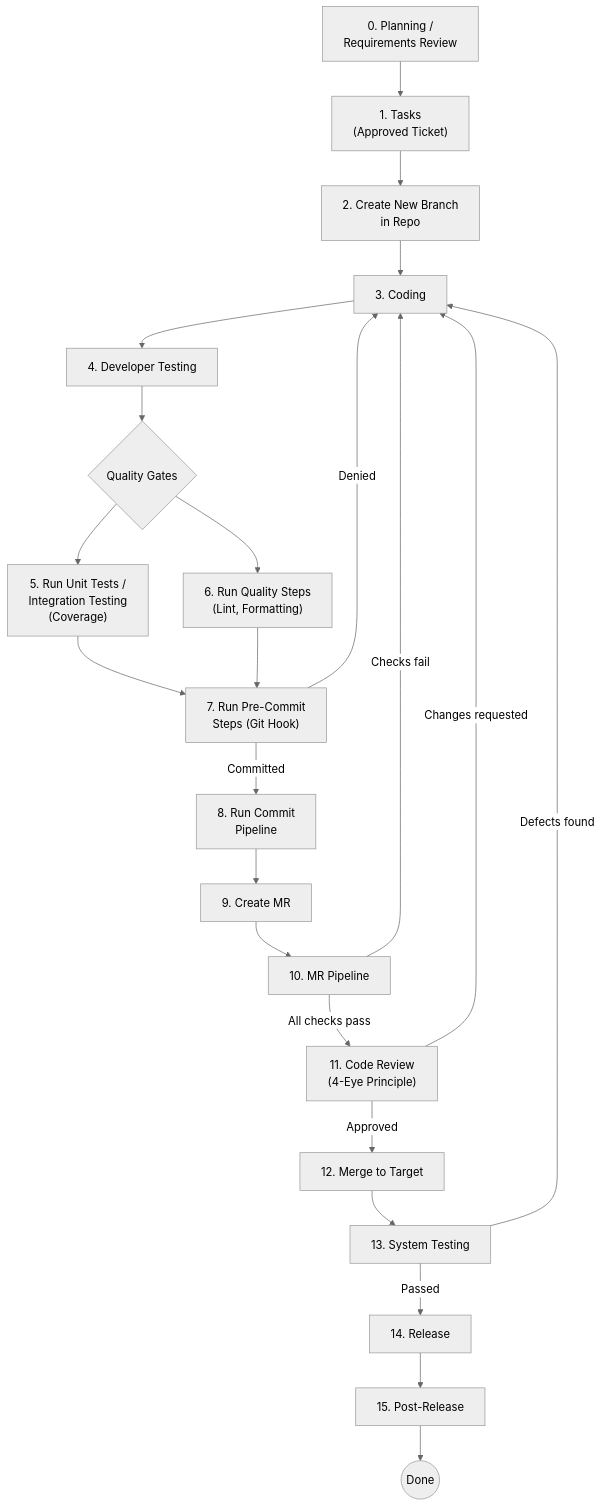
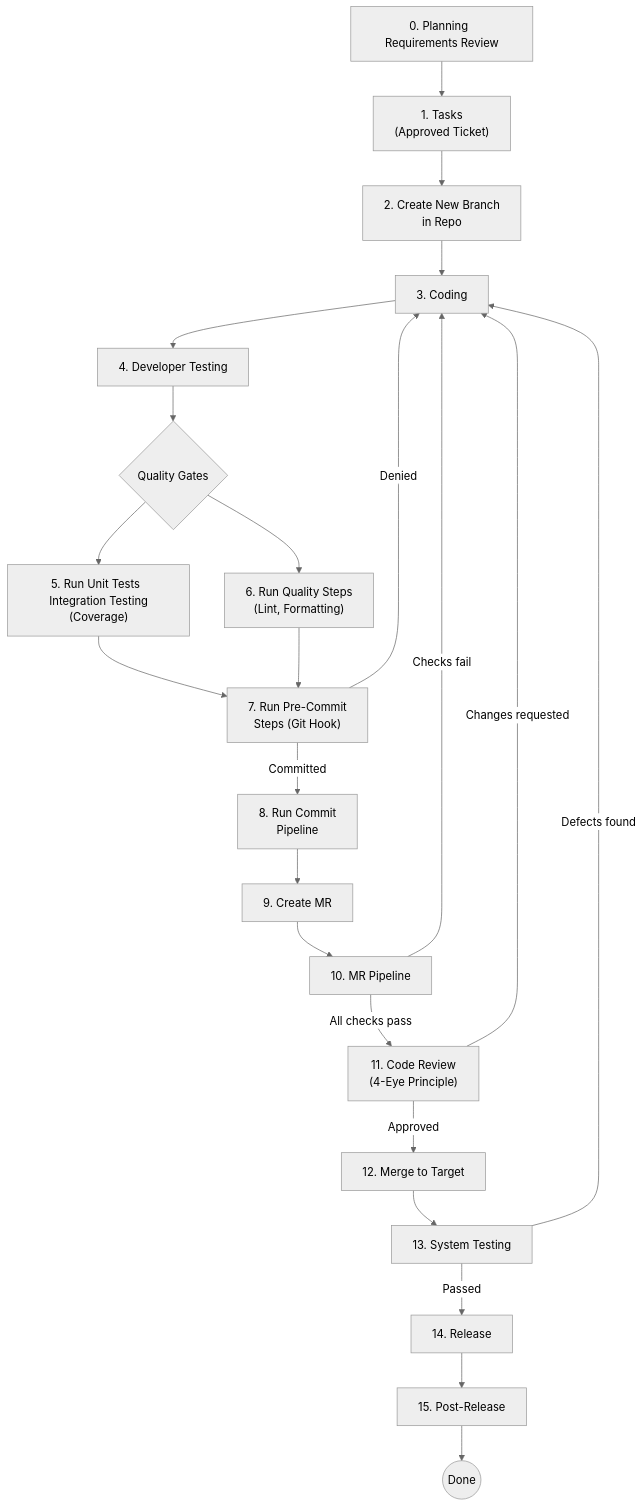
One commit to le0nce/developer-workflow changed the diagram in extended-steps/workflow.md. Above: the diagram before and after it, drawn with Mermaid (neutral theme). The commit also changed 1 other file, not shown here.

Commit message:
Fix formatting in AI SDLC workflow diagrams for consistency

````diff
--- a/extended-steps/workflow.md
+++ b/extended-steps/workflow.md
@@ -3,36 +3,36 @@
 ```mermaid
 flowchart TD
-    P["0. Planning /\nRequirements Review"] --> A["1. Tasks\n(Approved Ticket)"]
+    P["0. Planning  Requirements Review"] --> A["1. Tasks\n(Approved Ticket)"]
     A --> B["2. Create New Branch\nin Repo"]
     B --> C["3. Coding"]
     C --> D["4. Developer Testing"]
     D --> E{"Quality Gates"}
 
-    E --> F["5. Run Unit Tests /\nIntegration Testing\n(Coverage)"]
+    E --> F["5. Run Unit Tests  Integration Testing\n(Coverage)"]
     E --> G["6. Run Quality Steps\n(Lint, Formatting)"]
 
     F --> H["7. Run Pre-Commit\nSteps (Git Hook)"]
     G --> H
 
     H -->|"Committed"| I["8. Run Commit\nPipeline"]
     H -->|"Denied"| C
 
     I --> J["9. Create MR"]
 
     J --> K["10. MR Pipeline"]
 
     K -->|"All checks pass"| L["11. Code Review\n(4-Eye Principle)"]
     K -->|"Checks fail"| C
 
     L -->|"Approved"| M["12. Merge to Target"]
     L -->|"Changes requested"| C
 
     M --> S["13. System Testing"]
 
     S -->|"Passed"| R["14. Release"]
     S -->|"Defects found"| C
 
     R --> PR["15. Post-Release"]
 
     PR --> N(("Done"))
 ```
````
